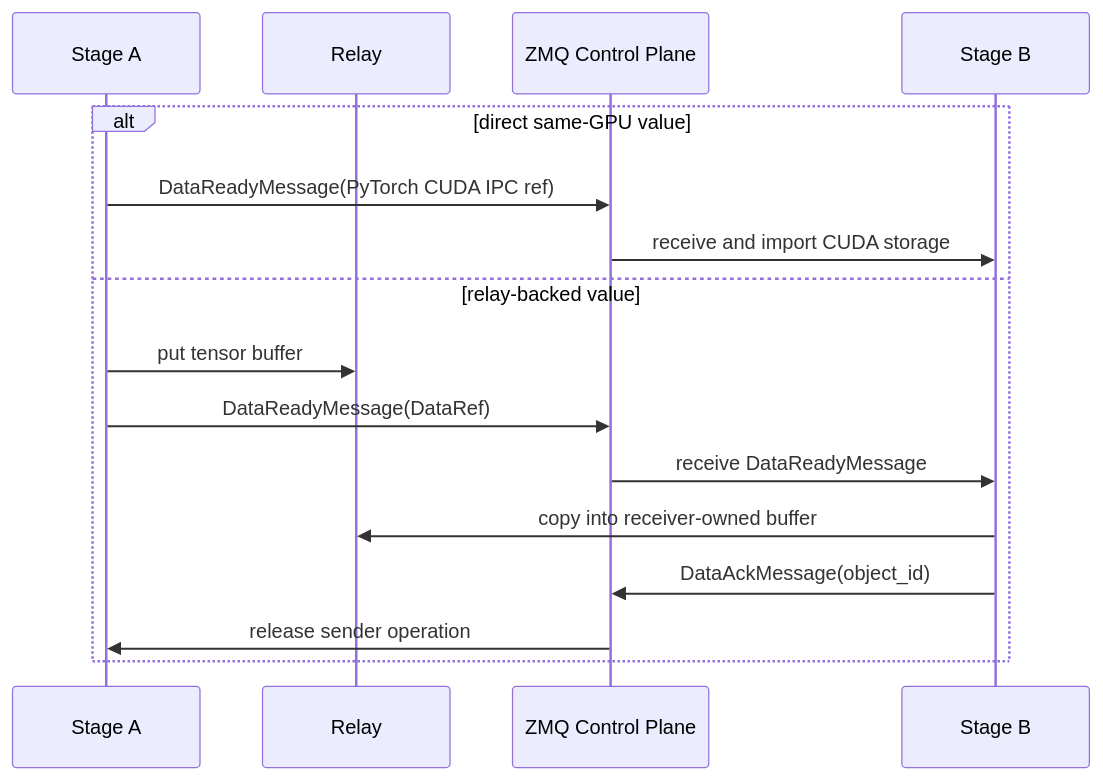
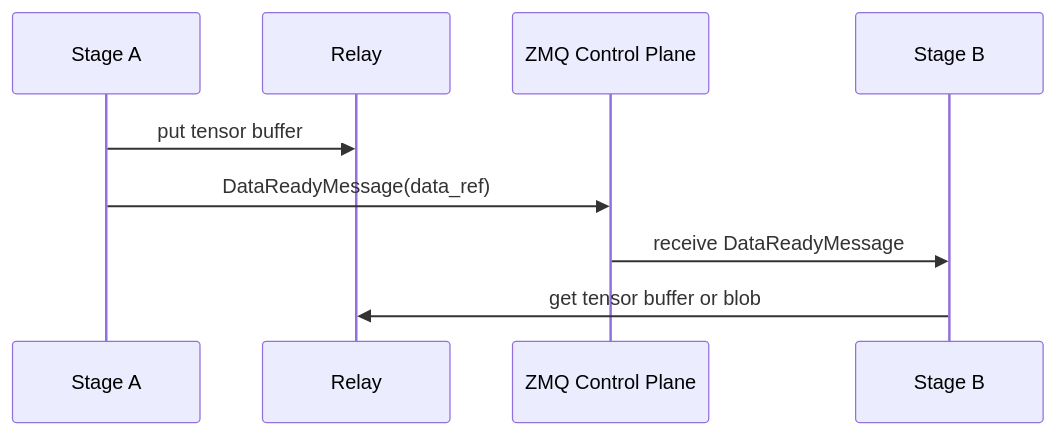
One commit to Ratish1/sglang-omni changed the diagram in docs/developer_reference/communication.md. Above: the diagram before and after it, drawn with Mermaid. The commit also changed other lines of this file and 6 other files, not shown here.

````diff
--- a/docs/developer_reference/communication.md
+++ b/docs/developer_reference/communication.md
@@ -26,19 +26,12 @@
 ```mermaid
 sequenceDiagram
     participant A as Stage A
     participant R as Relay
     participant Z as ZMQ Control Plane
     participant B as Stage B
 
-    alt direct same-GPU value
-        A->>Z: DataReadyMessage(PyTorch CUDA IPC ref)
-        Z->>B: receive and import CUDA storage
-    else relay-backed value
-        A->>R: put tensor buffer
-        A->>Z: DataReadyMessage(DataRef)
-        Z->>B: receive DataReadyMessage
-        B->>R: copy into receiver-owned buffer
-        B->>Z: DataAckMessage(object_id)
-        Z->>A: release sender operation
-    end
+    A->>R: put tensor buffer
+    A->>Z: DataReadyMessage(data_ref)
+    Z->>B: receive DataReadyMessage
+    B->>R: get tensor buffer or blob
 ```
````
